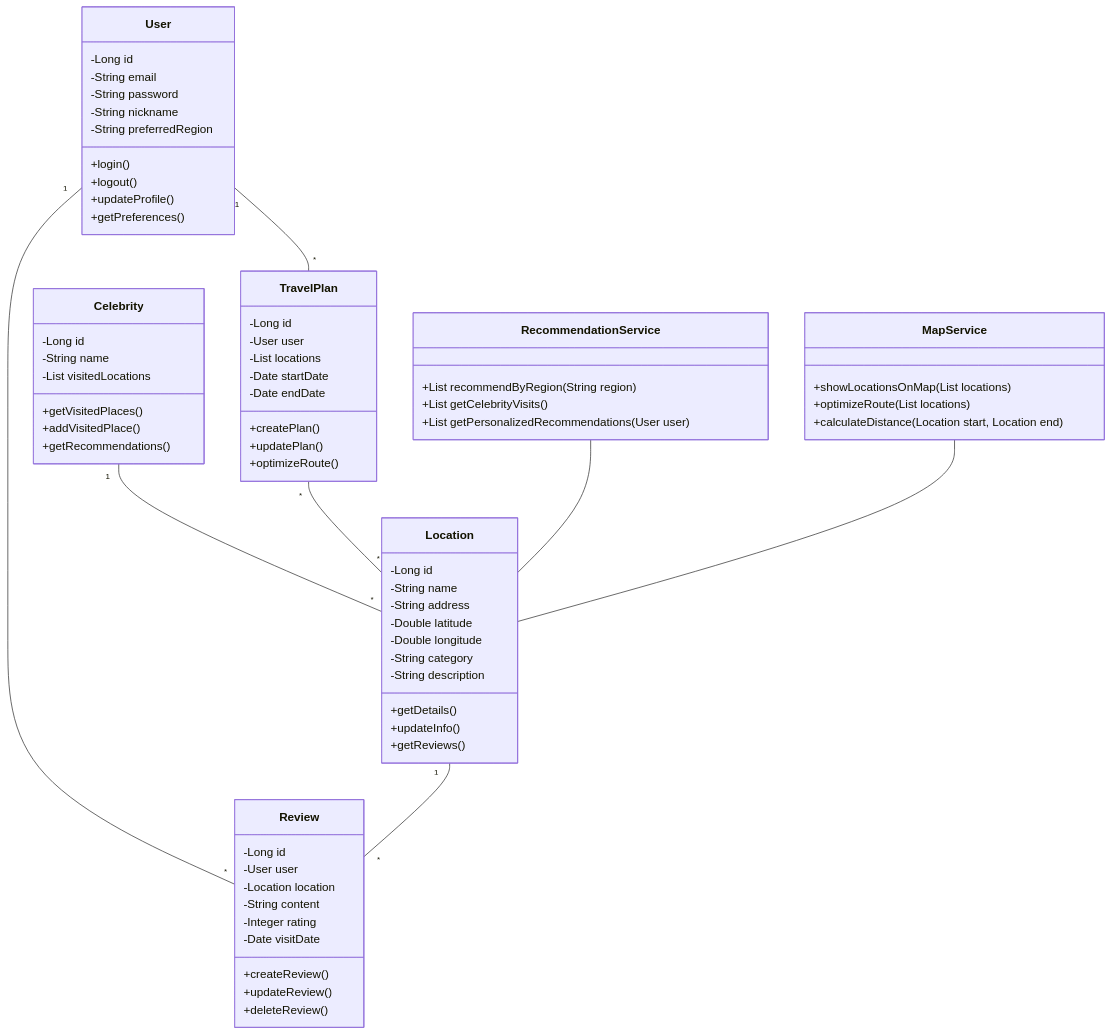
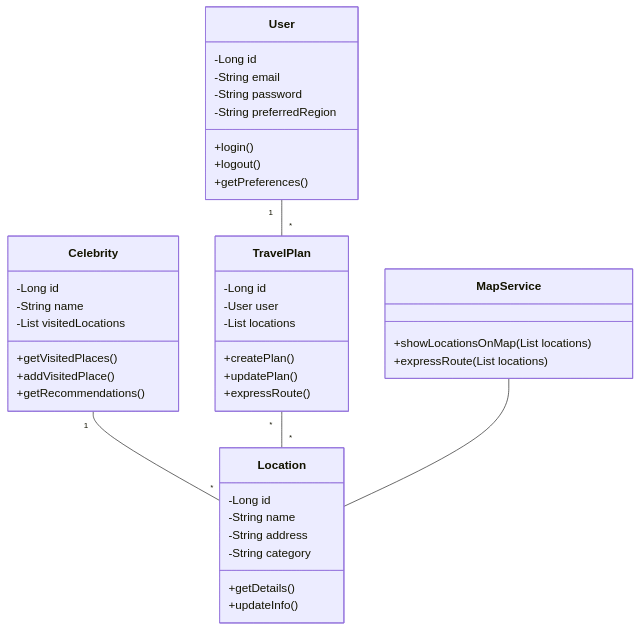
The first of 2 diagrams in README.md (Cellebmap/.README), drawn with Mermaid before and after one commit.

````diff
--- a/README.md
+++ b/README.md
@@ -35,79 +35,49 @@
 ```mermaid
 classDiagram
     class User {
         -Long id
         -String email
         -String password
-        -String nickname
         -String preferredRegion
         +login()
         +logout()
-        +updateProfile()
         +getPreferences()
     }
 
     class Location {
         -Long id
         -String name
         -String address
-        -Double latitude
-        -Double longitude
         -String category
-        -String description
         +getDetails()
         +updateInfo()
-        +getReviews()
     }
 
     class Celebrity {
         -Long id
         -String name
         -List<Location> visitedLocations
         +getVisitedPlaces()
         +addVisitedPlace()
         +getRecommendations()
     }
 
     class TravelPlan {
         -Long id
         -User user
         -List<Location> locations
-        -Date startDate
-        -Date endDate
         +createPlan()
         +updatePlan()
-        +optimizeRoute()
-    }
-
-    class Review {
-        -Long id
-        -User user
-        -Location location
-        -String content
-        -Integer rating
-        -Date visitDate
-        +createReview()
-        +updateReview()
-        +deleteReview()
-    }
-
-    class RecommendationService {
-        +List<Location> recommendByRegion(String region)
-        +List<Location> getCelebrityVisits()
-        +List<Location> getPersonalizedRecommendations(User user)
+        +expressRoute()
     }
 
     class MapService {
         +showLocationsOnMap(List<Location> locations)
-        +optimizeRoute(List<Location> locations)
-        +calculateDistance(Location start, Location end)
+        +expressRoute(List<Location> locations)
     }
 
     User "1" -- "*" TravelPlan
-    User "1" -- "*" Review
-    Location "1" -- "*" Review
     Celebrity "1" -- "*" Location
     TravelPlan "*" -- "*" Location
-    RecommendationService -- Location
     MapService -- Location
 ```
````
